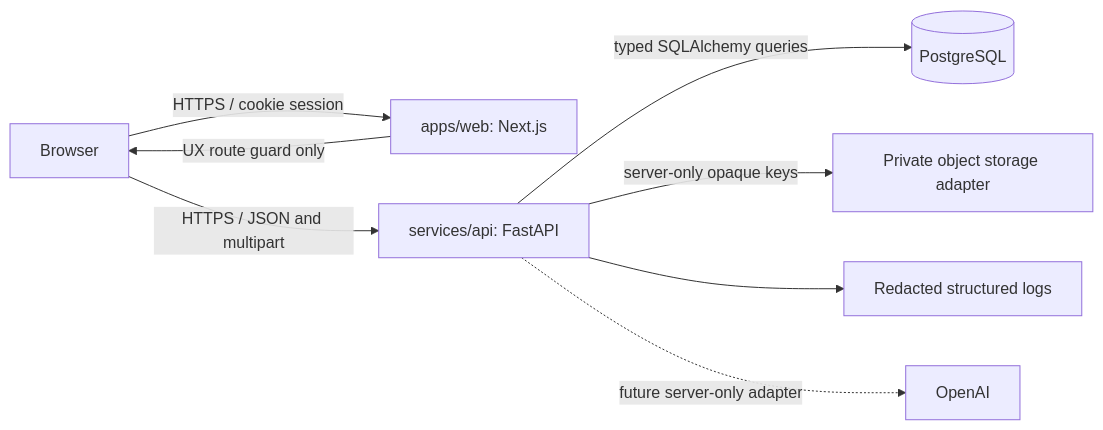
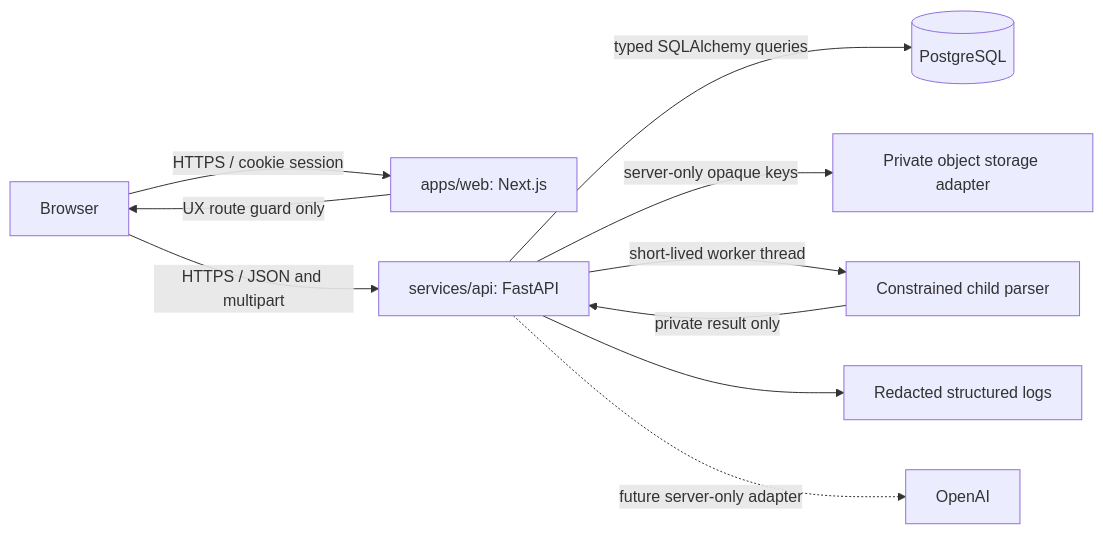
Before and after one commit to Adam-Ghanem/Cvmatcher: the diagram in docs/architecture.md, drawn with Mermaid. The commit also changed other lines of this file and 24 other files, not shown here.

````diff
--- a/docs/architecture.md
+++ b/docs/architecture.md
@@ -7,10 +7,12 @@
 ```mermaid
 flowchart LR
   Browser[Browser] -->|HTTPS / cookie session| Web[apps/web: Next.js]
   Browser -->|HTTPS / JSON and multipart| API[services/api: FastAPI]
   Web -->|UX route guard only| Browser
   API -->|typed SQLAlchemy queries| DB[(PostgreSQL)]
   API -->|server-only opaque keys| Storage[Private object storage adapter]
+  API -->|short-lived worker thread| Parser[Constrained child parser]
+  Parser -->|private result only| API
   API --> Logs[Redacted structured logs]
   API -. future server-only adapter .-> OpenAI[OpenAI]
 ```
````
